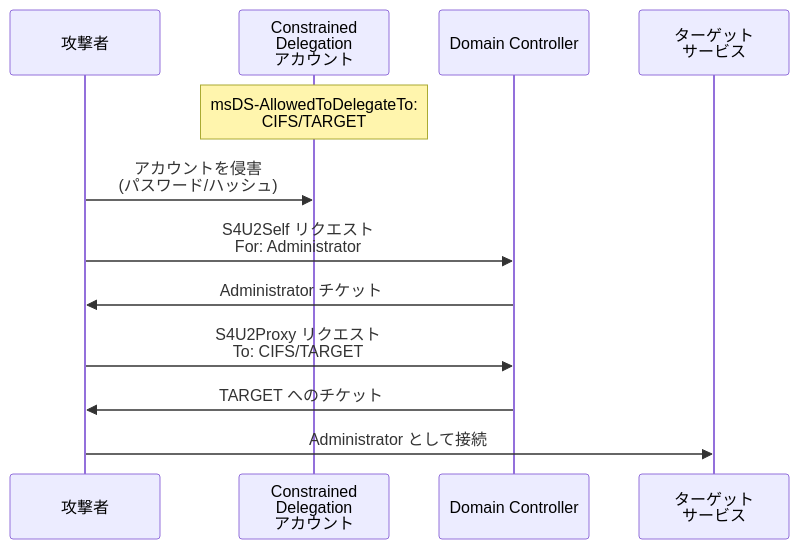
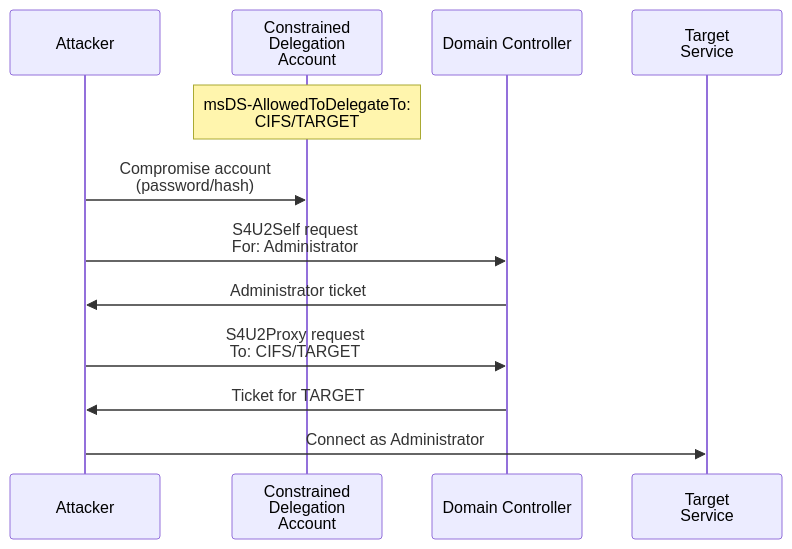
One commit to morimori-dev/morimori-dev.github.io changed the sixth of 6 diagrams in _posts/2026-03-03-tech-rbcd-attack-guide.md. Above: the diagram before and after it, drawn with Mermaid. The commit also changed other lines of this file and 1 other file, not shown here.

````diff
--- a/_posts/2026-03-03-tech-rbcd-attack-guide.md
+++ b/_posts/2026-03-03-tech-rbcd-attack-guide.md
@@ -639,19 +640,19 @@
 ```mermaid
 sequenceDiagram
-    participant A as 攻撃者
-    participant CD as Constrained<br/>Delegation<br/>アカウント
+    participant A as Attacker
+    participant CD as Constrained<br/>Delegation<br/>Account
     participant DC as Domain Controller
-    participant T as ターゲット<br/>サービス
-    
+    participant T as Target<br/>Service
+
     Note over CD: msDS-AllowedToDelegateTo:<br/>CIFS/TARGET
-    
-    A->>CD: アカウントを侵害<br/>(パスワード/ハッシュ)
-    
-    A->>DC: S4U2Self リクエスト<br/>For: Administrator
-    DC->>A: Administrator チケット
-    
-    A->>DC: S4U2Proxy リクエスト<br/>To: CIFS/TARGET
-    DC->>A: TARGET へのチケット
-    
-    A->>T: Administrator として接続
+
+    A->>CD: Compromise account<br/>(password/hash)
+
+    A->>DC: S4U2Self request<br/>For: Administrator
+    DC->>A: Administrator ticket
+
+    A->>DC: S4U2Proxy request<br/>To: CIFS/TARGET
+    DC->>A: Ticket for TARGET
+
+    A->>T: Connect as Administrator
 ```
````
